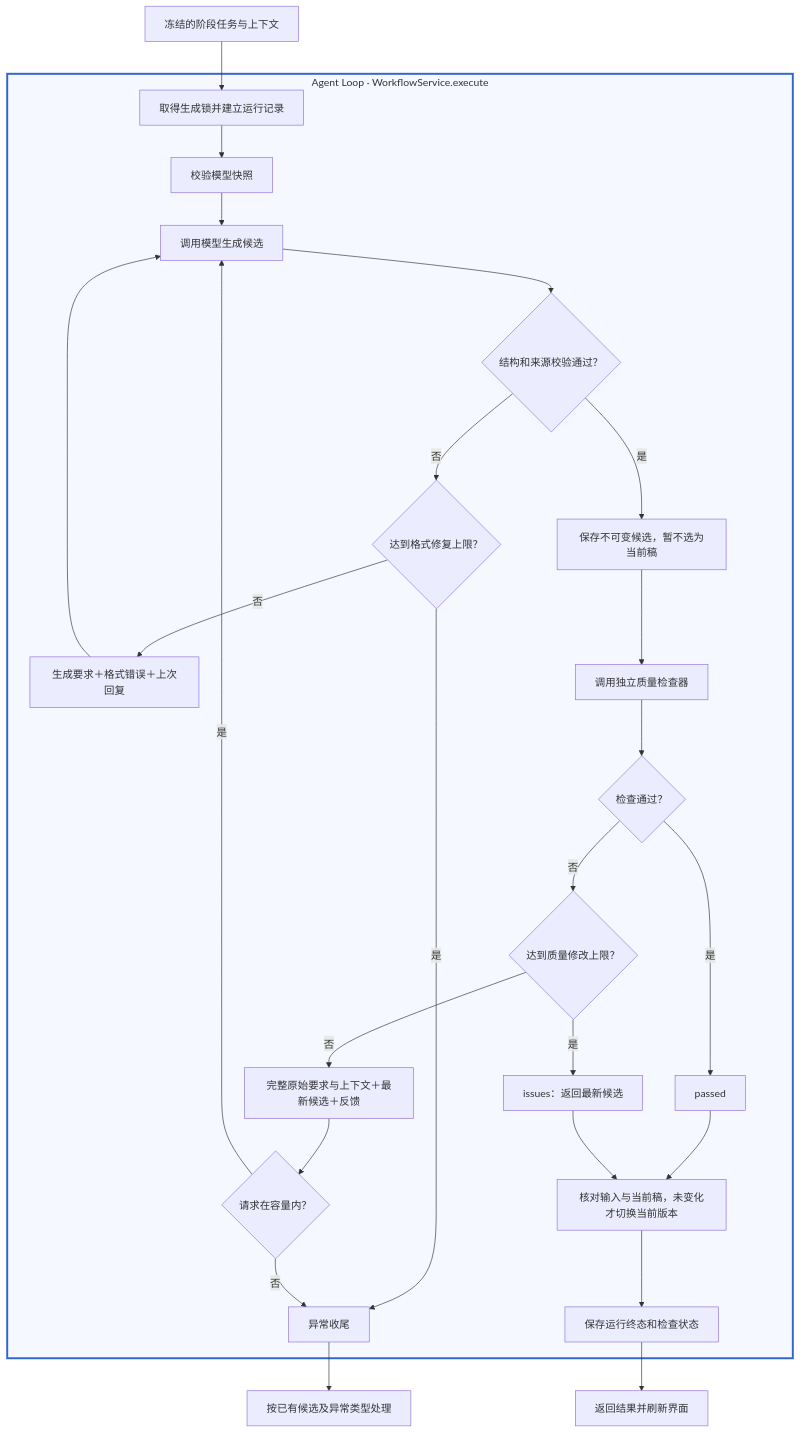
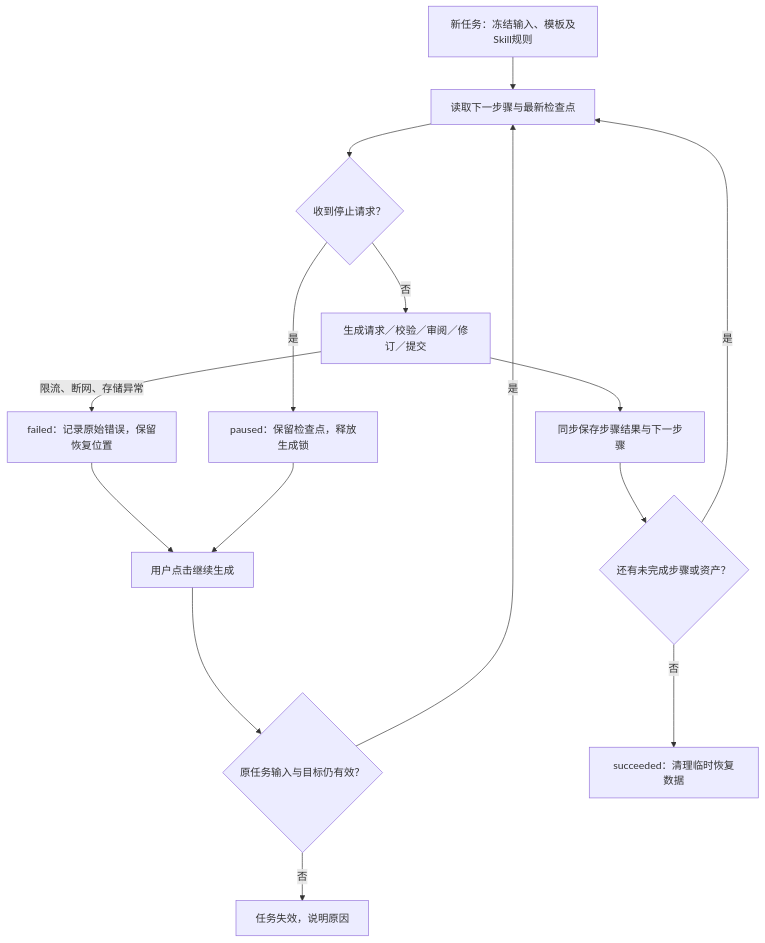
The second of 5 diagrams in docs/short_video/architecture.md (thisHobart/NovelWriter), drawn with Mermaid before and after one commit. The commit also changed other lines of this file and 17 other files, not shown here.

````diff
--- a/docs/short_video/architecture.md
+++ b/docs/short_video/architecture.md
@@ -69,29 +69,17 @@
 ```mermaid
 flowchart TD
-    INPUT[冻结的阶段任务与上下文] --> A
-    subgraph AGENT[Agent Loop · WorkflowService.execute]
-        A[取得生成锁并建立运行记录] --> B[校验模型快照]
-        B --> C[调用模型生成候选]
-        C --> D{结构和来源校验通过？}
-        D -->|否| E{达到格式修复上限？}
-        E -->|否| F[生成要求＋格式错误＋上次回复]
-        F --> C
-        E -->|是| ERR[异常收尾]
-        D -->|是| G[保存不可变候选，暂不选为当前稿]
-        G --> H[调用独立质量检查器]
-        H --> I{检查通过？}
-        I -->|是| PASS[passed]
-        I -->|否| J{达到质量修改上限？}
-        J -->|是| ISSUES[issues：返回最新候选]
-        J -->|否| L[完整原始要求与上下文＋最新候选＋反馈]
-        L --> M{请求在容量内？}
-        M -->|是| C
-        M -->|否| ERR
-        PASS --> SELECT[核对输入与当前稿，未变化才切换当前版本]
-        ISSUES --> SELECT
-        SELECT --> DONE[保存运行终态和检查状态]
-    end
-    DONE --> OUT[返回结果并刷新界面]
-    ERR --> CLOSE[按已有候选及异常类型处理]
-    style AGENT fill:#f5f8ff,stroke:#3366cc,stroke-width:3px
+    NEW[新任务：冻结输入、模板及Skill规则] --> LOAD
+    RESUME[用户点击继续生成] --> CHECK{原任务输入与目标仍有效？}
+    CHECK -->|否| INVALID[任务失效，说明原因]
+    CHECK -->|是| LOAD[读取下一步骤与最新检查点]
+    LOAD --> STOP{收到停止请求？}
+    STOP -->|是| PAUSE[paused：保留检查点，释放生成锁]
+    STOP -->|否| STEP[生成请求／校验／审阅／修订／提交]
+    STEP --> SAVE[同步保存步骤结果与下一步骤]
+    SAVE --> MORE{还有未完成步骤或资产？}
+    MORE -->|是| LOAD
+    MORE -->|否| DONE[succeeded：清理临时恢复数据]
+    STEP -->|限流、断网、存储异常| FAIL[failed：记录原始错误，保留恢复位置]
+    FAIL --> RESUME
+    PAUSE --> RESUME
 ```
````
